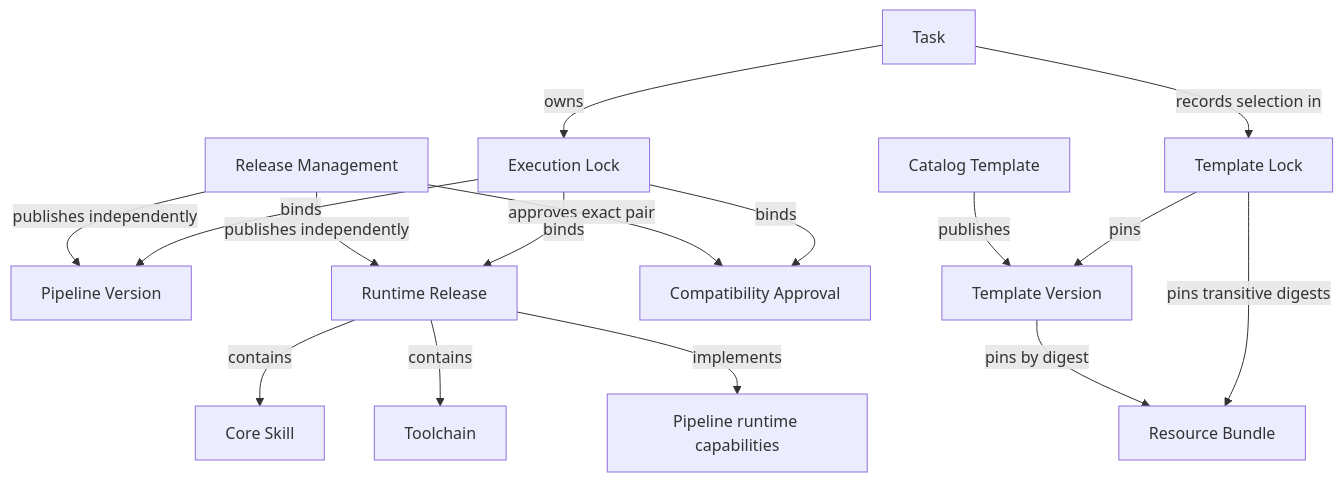
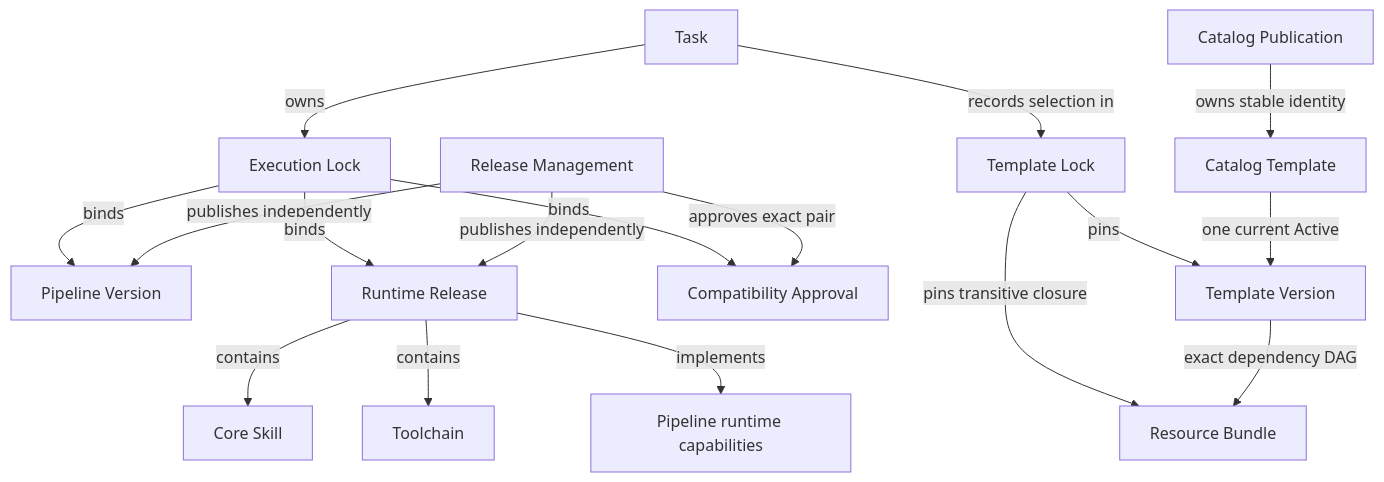
The seventh of 7 diagrams in docs/architecture/enterprise-domain-model.md (Vt00ls/SlideSmith), drawn with Mermaid before and after one commit. The commit also changed other lines of this file and 9 other files, not shown here.

Commit message:
docs: define catalog template publication contracts

````diff
--- a/docs/architecture/enterprise-domain-model.md
+++ b/docs/architecture/enterprise-domain-model.md
@@ -163,18 +163,19 @@
 ```mermaid
 flowchart TD
     ReleaseManagement[Release Management] -->|publishes independently| PipelineVersion[Pipeline Version]
     ReleaseManagement -->|publishes independently| RuntimeRelease[Runtime Release]
     ReleaseManagement -->|approves exact pair| CompatibilityApproval[Compatibility Approval]
     Task -->|owns| ExecutionLock[Execution Lock]
     ExecutionLock -->|binds| PipelineVersion
     ExecutionLock -->|binds| RuntimeRelease
     ExecutionLock -->|binds| CompatibilityApproval
     RuntimeRelease -->|contains| CoreSkill[Core Skill]
     RuntimeRelease -->|contains| Toolchain
     RuntimeRelease -->|implements| RuntimeCapability[Pipeline runtime capabilities]
-    CatalogTemplate[Catalog Template] -->|publishes| TemplateVersion[Template Version]
-    TemplateVersion -->|pins by digest| ResourceBundle[Resource Bundle]
+    CatalogPublication[Catalog Publication] -->|owns stable identity| CatalogTemplate[Catalog Template]
+    CatalogTemplate -->|one current Active| TemplateVersion[Template Version]
+    TemplateVersion -->|exact dependency DAG| ResourceBundle[Resource Bundle]
     Task -->|records selection in| TemplateLock[Template Lock]
     TemplateLock -->|pins| TemplateVersion
-    TemplateLock -->|pins transitive digests| ResourceBundle
+    TemplateLock -->|pins transitive closure| ResourceBundle
 ```
````
